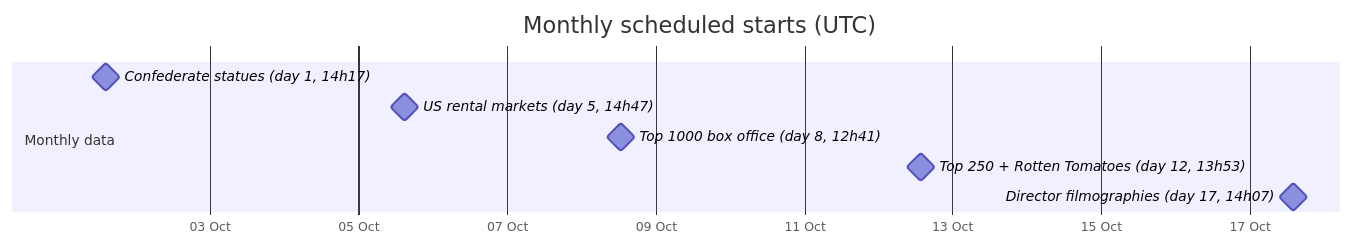
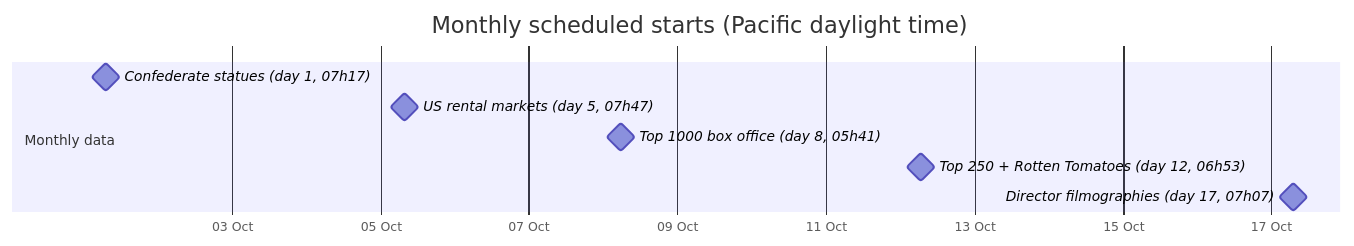
Before and after one commit to cavandonohoe/cavandonohoe.github.io: the third of 3 diagrams in ACTIONS_SCHEDULE.md, drawn with Mermaid. The commit also changed other lines of this file and 3 other files, not shown here.

First line of the commit message:
Show schedule charts as images in Pacific time (#220)

````diff
--- a/ACTIONS_SCHEDULE.md
+++ b/ACTIONS_SCHEDULE.md
@@ -104,13 +124,13 @@
 ```mermaid
 gantt
-    title Monthly scheduled starts (UTC)
+    title Monthly scheduled starts (Pacific daylight time)
     dateFormat YYYY-MM-DD HH:mm
     axisFormat %d %b
     todayMarker off
     section Monthly data
-    Confederate statues (day 1, 14h17) :milestone, month0, 2026-10-01 14:17, 0m
-    US rental markets (day 5, 14h47) :milestone, month1, 2026-10-05 14:47, 0m
-    Top 1000 box office (day 8, 12h41) :milestone, month2, 2026-10-08 12:41, 0m
-    Top 250 + Rotten Tomatoes (day 12, 13h53) :milestone, month3, 2026-10-12 13:53, 0m
-    Director filmographies (day 17, 14h07) :milestone, month4, 2026-10-17 14:07, 0m
+    Confederate statues (day 1, 07h17) :milestone, month0, 2026-10-01 07:17, 0m
+    US rental markets (day 5, 07h47) :milestone, month1, 2026-10-05 07:47, 0m
+    Top 1000 box office (day 8, 05h41) :milestone, month2, 2026-10-08 05:41, 0m
+    Top 250 + Rotten Tomatoes (day 12, 06h53) :milestone, month3, 2026-10-12 06:53, 0m
+    Director filmographies (day 17, 07h07) :milestone, month4, 2026-10-17 07:07, 0m
 ```
````
